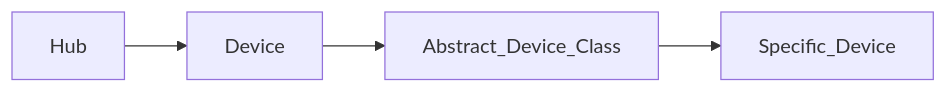
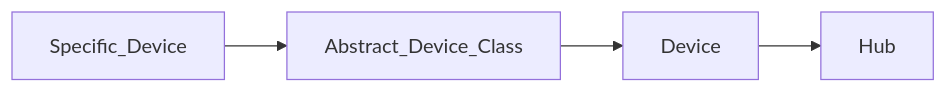
The diagram in README.md (Jelloeater/hubitatcontrol), drawn with Mermaid before and after one commit. The commit also changed other lines of this file and 2 other files, not shown here.

````diff
--- a/README.md
+++ b/README.md
@@ -71,4 +60,4 @@
 ```mermaid
 flowchart LR
-Hub --> Device --> Abstract_Device_Class --> Specific_Device
+Specific_Device --> Abstract_Device_Class --> Device--> Hub
 ```
````
